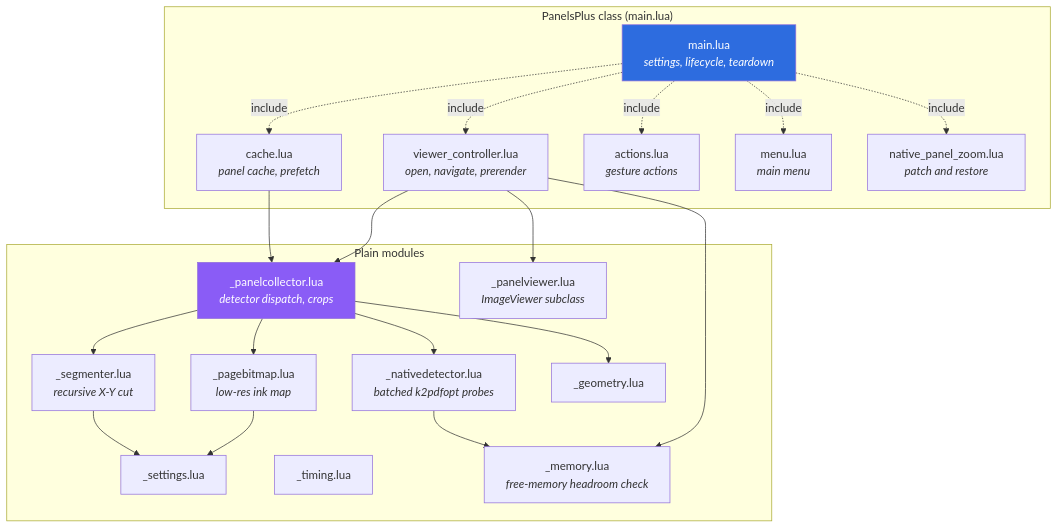
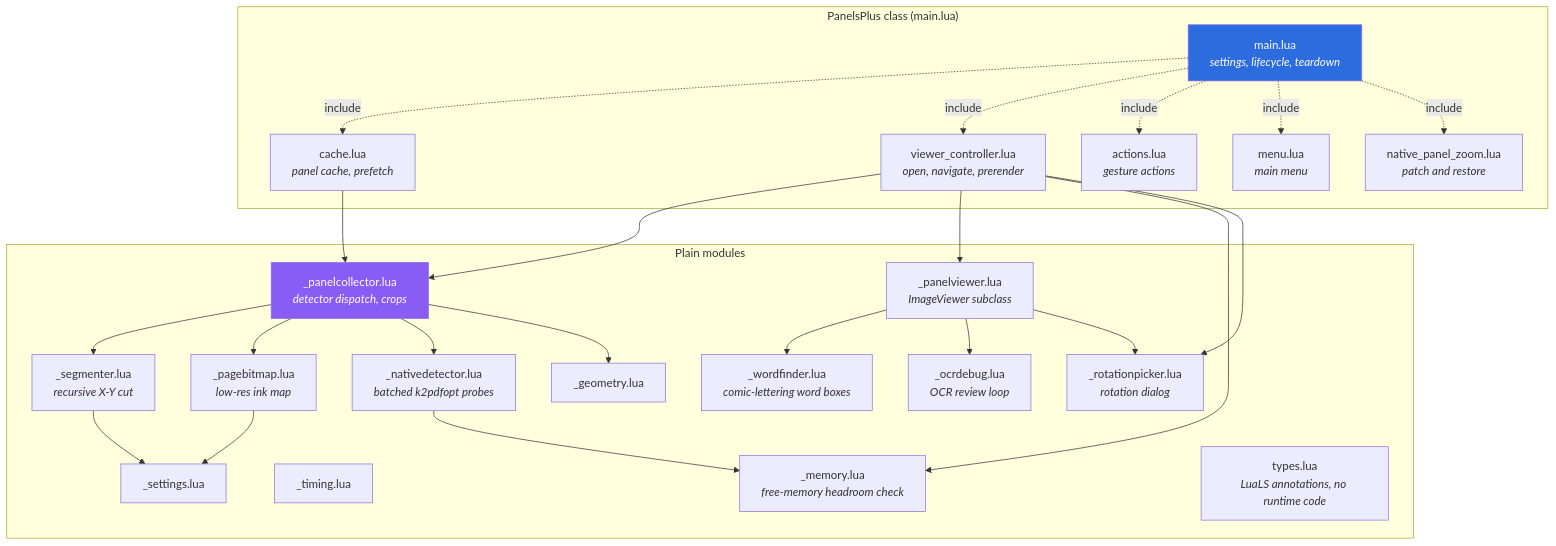
Before and after one commit to KristanLaimon/PanelsPlus: the second of 5 diagrams in docs/ARCHITECTURE.md, drawn with Mermaid. The commit also changed other lines of this file and 7 other files, not shown here.

````diff
--- a/docs/ARCHITECTURE.md
+++ b/docs/ARCHITECTURE.md
@@ -48,43 +49,51 @@
 ```mermaid
 flowchart TD
     subgraph pluginclass ["PanelsPlus class (main.lua)"]
         MAIN["main.lua<br/><i>settings, lifecycle, teardown</i>"]
         CACHE["cache.lua<br/><i>panel cache, prefetch</i>"]
         VC["viewer_controller.lua<br/><i>open, navigate, prerender</i>"]
         ACT["actions.lua<br/><i>gesture actions</i>"]
         MENU["menu.lua<br/><i>main menu</i>"]
         NPZ["native_panel_zoom.lua<br/><i>patch and restore</i>"]
     end
 
     subgraph plain ["Plain modules"]
         PC["_panelcollector.lua<br/><i>detector dispatch, crops</i>"]
         SEG["_segmenter.lua<br/><i>recursive X-Y cut</i>"]
         PB["_pagebitmap.lua<br/><i>low-res ink map</i>"]
         ND["_nativedetector.lua<br/><i>batched k2pdfopt probes</i>"]
         PV["_panelviewer.lua<br/><i>ImageViewer subclass</i>"]
+        WF["_wordfinder.lua<br/><i>comic-lettering word boxes</i>"]
+        RP["_rotationpicker.lua<br/><i>rotation dialog</i>"]
+        OD["_ocrdebug.lua<br/><i>OCR review loop</i>"]
         GEO["_geometry.lua"]
         SET["_settings.lua"]
         TIM["_timing.lua"]
         MEM["_memory.lua<br/><i>free-memory headroom check</i>"]
+        TYP["types.lua<br/><i>LuaLS annotations, no runtime code</i>"]
     end
 
     MAIN -.->|include| CACHE
     MAIN -.->|include| VC
     MAIN -.->|include| ACT
     MAIN -.->|include| MENU
     MAIN -.->|include| NPZ
     CACHE --> PC
     VC --> PC
     VC --> PV
     VC --> MEM
+    VC --> RP
     PC --> SEG
     PC --> PB
     PC --> ND
     PC --> GEO
     ND --> MEM
     SEG --> SET
     PB --> SET
+    PV --> WF
+    PV --> OD
+    PV --> RP
 
     style MAIN fill:#2d6cdf,color:#fff
     style PC fill:#8a5cf6,color:#fff
 ```
````
